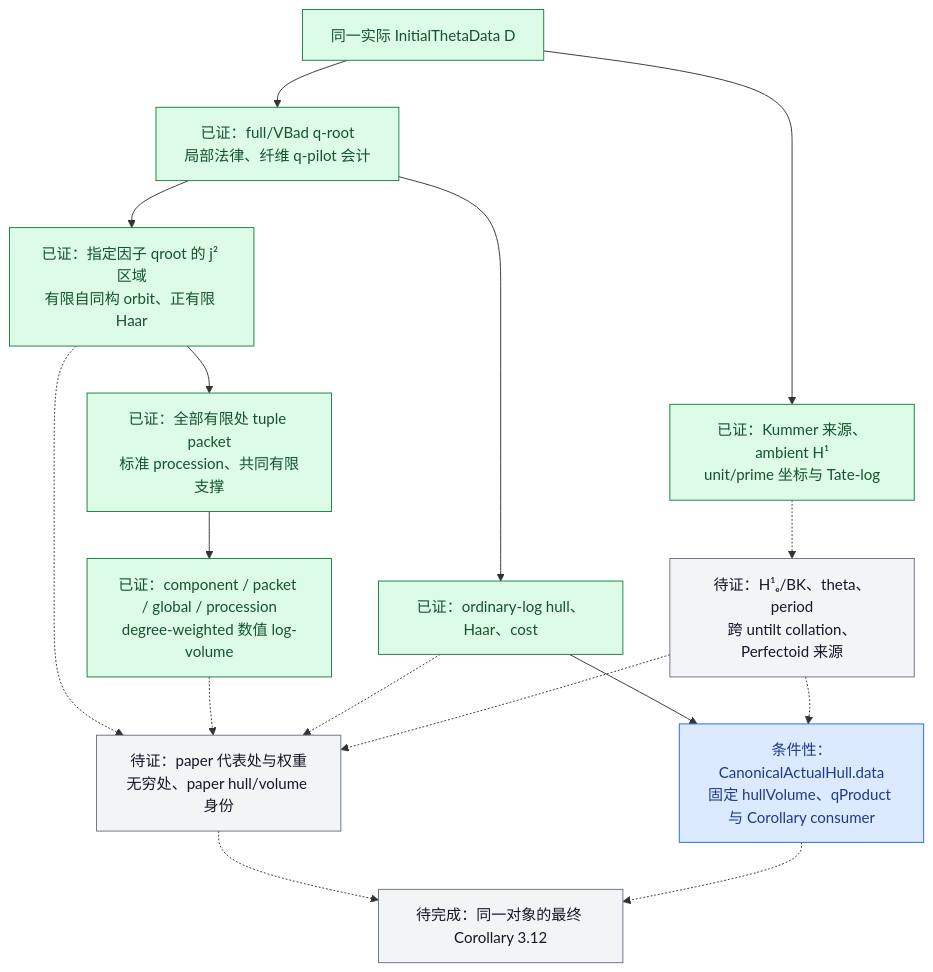
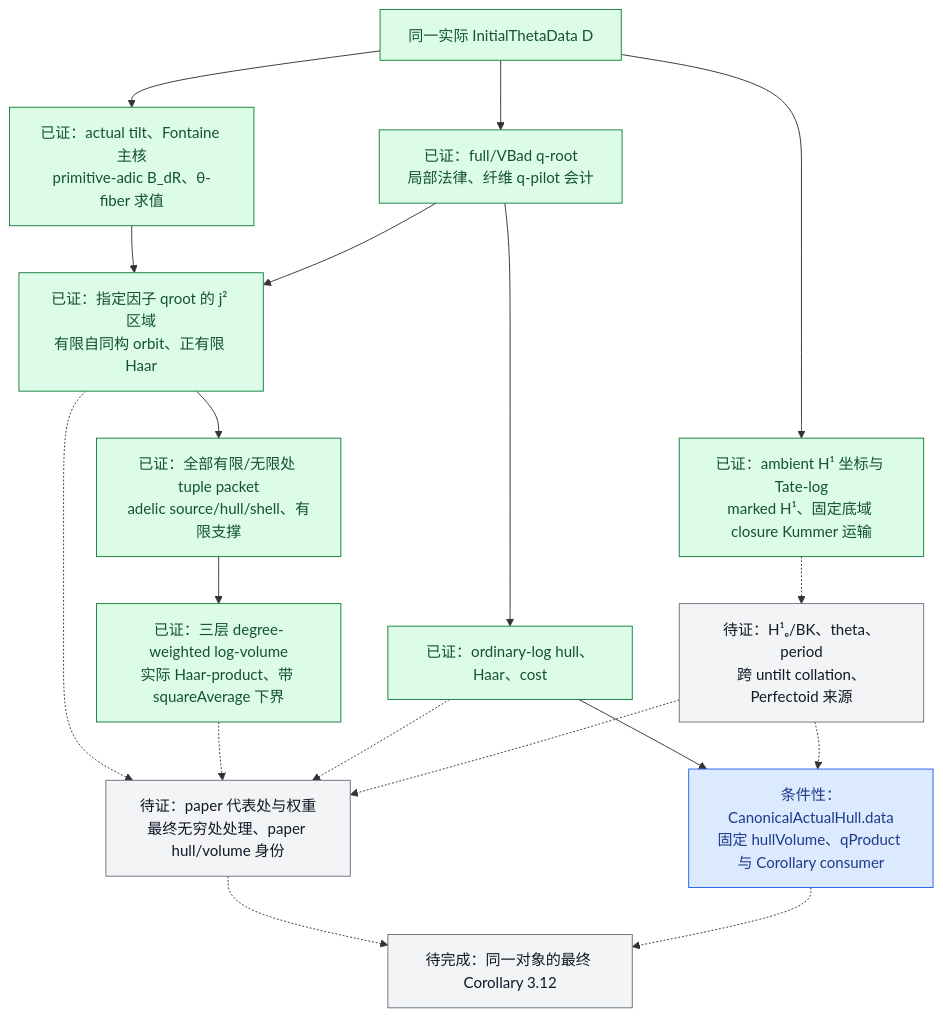
One commit to Ember-Institute/KirtiJoshi-abc changed the diagram in docs/Scene1进度总览2.md. Above: the diagram before and after it, drawn with Mermaid. The commit also changed other lines of this file, not shown here.

Commit message:
docs: update Scene1 progress through rational closure transport

````diff
--- a/docs/Scene1进度总览2.md
+++ b/docs/Scene1进度总览2.md
@@ -60,35 +60,38 @@
 ```mermaid
 flowchart TD
     D["同一实际 InitialThetaData D"]
-    K["已证：Kummer 来源、ambient H¹<br/>unit/prime 坐标与 Tate-log"]
+    K["已证：ambient H¹ 坐标与 Tate-log<br/>marked H¹、固定底域 closure Kummer 运输"]
+    E["已证：actual tilt、Fontaine 主核<br/>primitive-adic B_dR、θ-fiber 求值"]
     Q["已证：full/VBad q-root<br/>局部法律、纤维 q-pilot 会计"]
     H["已证：ordinary-log hull、Haar、cost"]
     A["条件性：CanonicalActualHull.data<br/>固定 hullVolume、qProduct 与 Corollary consumer"]
     F["已证：指定因子 qroot 的 j² 区域<br/>有限自同构 orbit、正有限 Haar"]
-    P["已证：全部有限处 tuple packet<br/>标准 procession、共同有限支撑"]
-    L["已证：component / packet / global / procession<br/>degree-weighted 数值 log-volume"]
+    P["已证：全部有限/无限处 tuple packet<br/>adelic source/hull/shell、有限支撑"]
+    L["已证：三层 degree-weighted log-volume<br/>实际 Haar-product、带 squareAverage 下界"]
     B["待证：H¹ₑ/BK、theta、period<br/>跨 untilt collation、Perfectoid 来源"]
-    R["待证：paper 代表处与权重<br/>无穷处、paper hull/volume 身份"]
+    R["待证：paper 代表处与权重<br/>最终无穷处处理、paper hull/volume 身份"]
     C["待完成：同一对象的最终 Corollary 3.12"]
     D --> K
+    D --> E
+    E --> F
     D --> Q
     Q --> H
     H --> A
     Q --> F
     F --> P
     P --> L
     K -.-> B
     B -.-> A
     F -.-> R
     L -.-> R
     H -.-> R
     B -.-> R
     R -.-> C
     A -.-> C
     classDef done fill:#dcfce7,stroke:#15803d,color:#14532d;
     classDef conditional fill:#dbeafe,stroke:#2563eb,color:#1e3a8a;
     classDef open fill:#f3f4f6,stroke:#6b7280,color:#111827;
-    class D,K,Q,H,F,P,L done;
+    class D,K,E,Q,H,F,P,L done;
     class A conditional;
     class B,R,C open;
 ```
````
